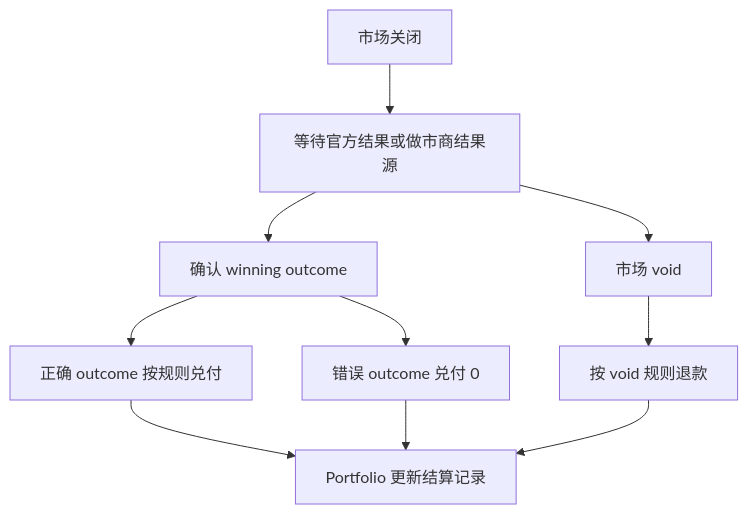
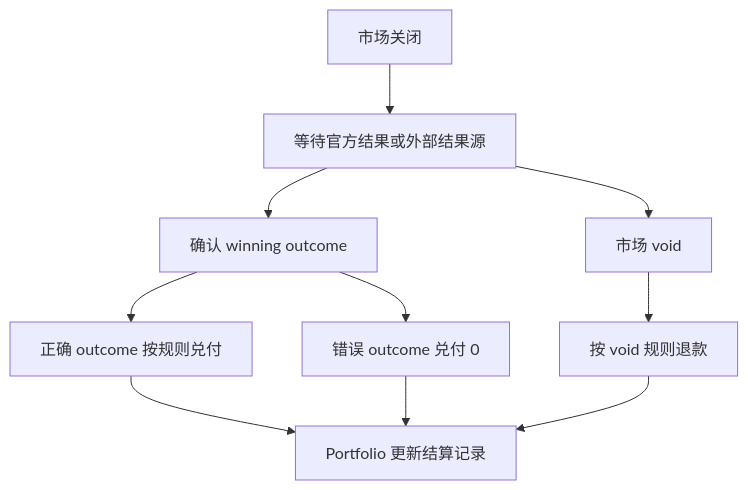
Before and after one commit to Errance/TurboFlow: the fifth of 6 diagrams in Stake足球盘口研究/04_正式产品文档/TurboFlow足球RFQ预测交易市场产品需求文档_v7.0.md, drawn with Mermaid. The commit also changed other lines of this file and 2 other files, not shown here.

````diff
--- a/Stake足球盘口研究/04_正式产品文档/TurboFlow足球RFQ预测交易市场产品需求文档_v7.0.md
+++ b/Stake足球盘口研究/04_正式产品文档/TurboFlow足球RFQ预测交易市场产品需求文档_v7.0.md
@@ -176,12 +177,12 @@
 ```mermaid
 flowchart TD
-  marketClosed["市场关闭"] --> result["等待官方结果或做市商结果源"]
+  marketClosed["市场关闭"] --> result["等待官方结果或外部结果源"]
   result --> resolve["确认 winning outcome"]
   resolve --> won["正确 outcome 按规则兑付"]
   resolve --> lost["错误 outcome 兑付 0"]
   result --> voided["市场 void"]
   voided --> refund["按 void 规则退款"]
   won --> portfolio["Portfolio 更新结算记录"]
   lost --> portfolio
   refund --> portfolio
 ```
````
